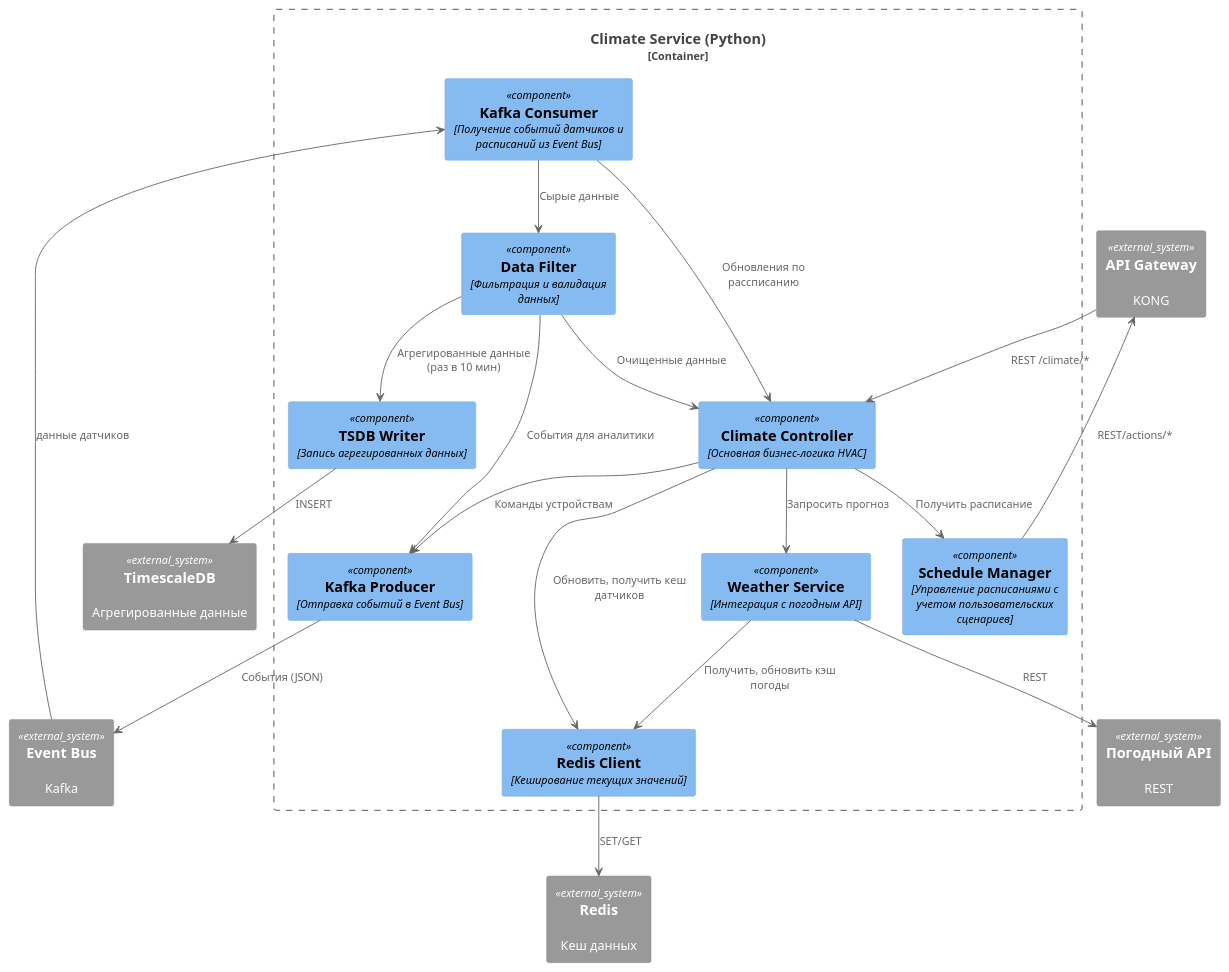
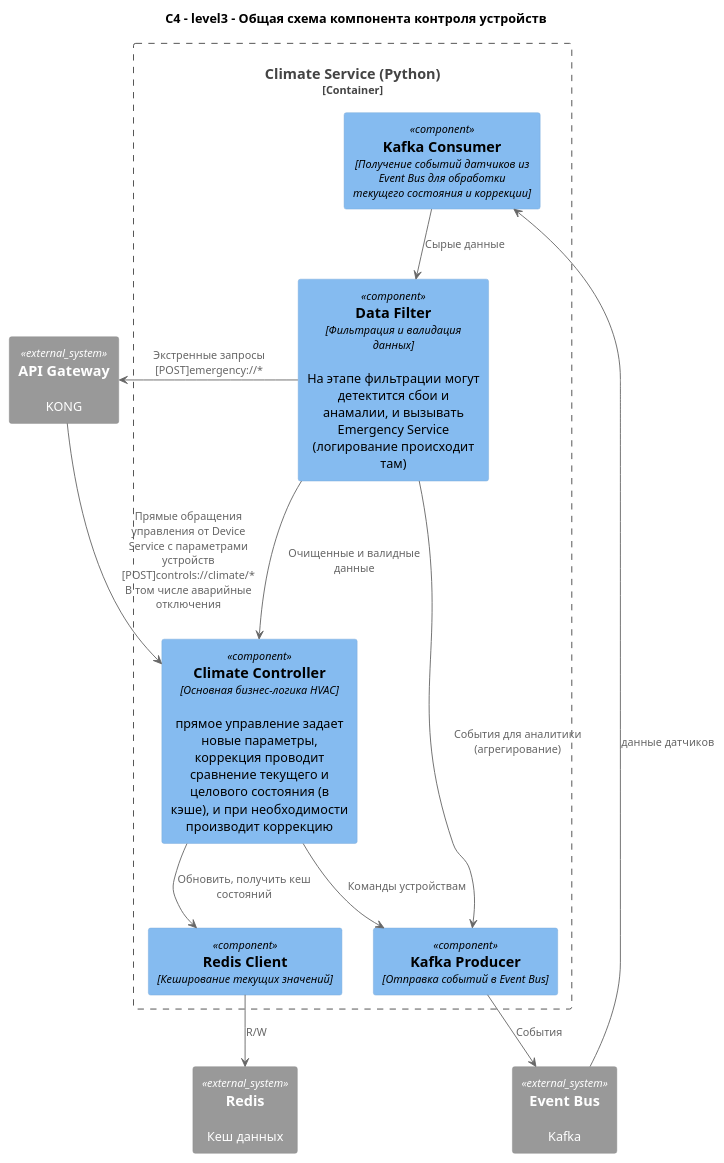
The diagram in smart-home-monolith/docs/C4/to-be-component-climate.puml (AdvanGit/practicum-sprint-3), drawn with PlantUML before and after one commit. The commit also changed 5 other files, not shown here.

```diff
--- a/smart-home-monolith/docs/C4/to-be-component-climate.puml
+++ b/smart-home-monolith/docs/C4/to-be-component-climate.puml
@@ -1,49 +1,41 @@
 @startuml ClimateService_Components
 !include https://raw.githubusercontent.com/plantuml-stdlib/C4-PlantUML/master/C4_Component.puml
+
+title "C4 - level3 - Общая схема компонента контроля устройств"
 
 ' === Контейнер ===
 Container_Boundary(climate_service, "Climate Service (Python)") {
 
   ' === Ядро сервиса ===
-  Component(controller, "Climate Controller", "Основная бизнес-логика HVAC")
-  Component(scheduler, "Schedule Manager", "Управление расписаниями c учетом пользовательских сценариев")
-  Component(weather_adapter, "Weather Service", "Интеграция с погодным API")
+  Component(controller, "Climate Controller", "Основная бизнес-логика HVAC", "прямое управление задает новые параметры, коррекция проводит сравнение текущего и целового состояния (в кэше), и при необходимости производит коррекцию")
   
   ' === Обработка данных ===
-  Component(data_filter, "Data Filter", "Фильтрация и валидация данных")
+  Component(data_filter, "Data Filter", "Фильтрация и валидация данных", "На этапе фильтрации могут детектится сбои и анамалии, и вызывать Emergency Service (логирование происходит там)")
 
   ' === Работа с хранилищами ===
   Component(redis_client, "Redis Client", "Кеширование текущих значений")
-  Component(tsdb_writer, "TSDB Writer", "Запись агрегированных данных")
   Component(event_producer, "Kafka Producer", "Отправка событий в Event Bus")
-  Component(event_consumer, "Kafka Consumer", "Получение событий датчиков и расписаний из Event Bus")
+  Component(event_consumer, "Kafka Consumer", "Получение событий датчиков из Event Bus для обработки текущего состояния и коррекции")
 
   ' === Взаимодействия ===
-  controller --> scheduler : "Получить расписание"
-  controller --> weather_adapter : "Запросить прогноз"
   event_consumer --> data_filter : "Сырые данные"
-  data_filter --> controller : "Очищенные данные"
+  data_filter --> controller : "Очищенные и валидные данные"
   controller --> event_producer : "Команды устройствам"
-  controller --> redis_client : "Обновить, получить кеш датчиков"
-  data_filter --> tsdb_writer : "Агрегированные данные (раз в 10 мин)"
-  data_filter --> event_producer : "События для аналитики"
-  weather_adapter --> redis_client : "Получить, обновить кэш погоды"
-  event_consumer --> controller : "Обновления по рассписанию"
+  controller --> redis_client : "Обновить, получить кеш состояний"
+  data_filter --> event_producer : "События для аналитики (агрегирование)"
 }
 
 ' === Внешние зависимости ===
 System_Ext(api_gw, "API Gateway", "KONG")
 System_Ext(event_bus, "Event Bus", "Kafka")
 System_Ext(redis, "Redis", "Кеш данных")
-System_Ext(tsdb, "TimescaleDB", "Агрегированные данные")
-System_Ext(weather_api, "Погодный API", "REST")
 
 ' === Ключевые связи ===
-api_gw --> controller : "REST /climate/*"
+api_gw --> controller : "Прямые обращения управления от Device Service с параметрами устройств [POST]controls://climate/*\nВ том числе аварийные отключения"
+
 event_bus --> event_consumer  : "данные датчиков"
-weather_adapter --> weather_api : "REST"
-redis_client --> redis : "SET/GET"
-tsdb_writer --> tsdb : "INSERT"
-event_producer --> event_bus : "События (JSON)"
-api_gw <-- scheduler: "REST/actions/*"
+redis_client --> redis : "R/W"
+event_producer --> event_bus : "События"
+data_filter --> api_gw : "Экстренные запросы [POST]emergency://*"
+
 @enduml
```
